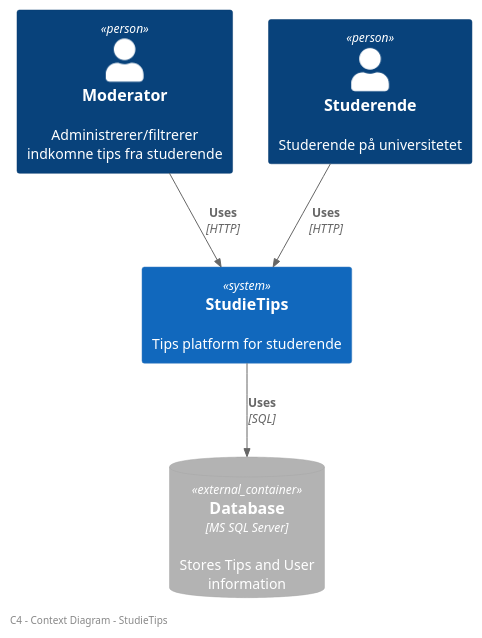
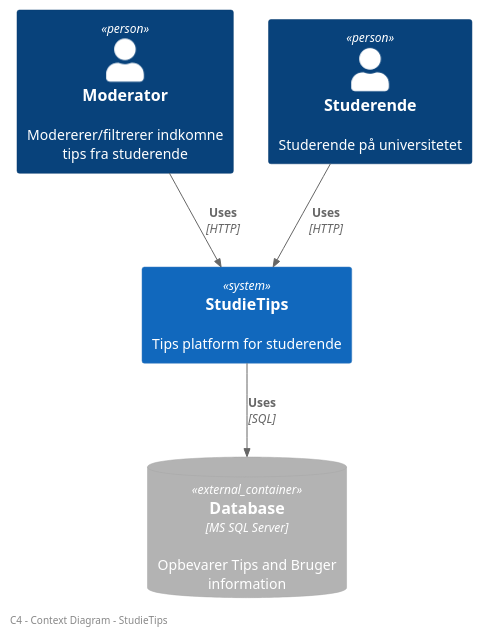
Before and after one commit to I4PRJ4/I4PRJ4-plantuml: the diagram in plantuml/C4/C4-Level1/context.puml, drawn with PlantUML. The commit also changed 68 other files, not shown here.

```diff
--- a/plantuml/C4/C4-Level1/context.puml
+++ b/plantuml/C4/C4-Level1/context.puml
@@ -1,18 +1,18 @@
 @startuml System Context Diagram
 !include <C4/C4_Container>
 
 left footer C4 - Context Diagram - StudieTips
 
-Person(mod, "Moderator", "Administrerer/filtrerer indkomne tips fra studerende")
+Person(mod, "Moderator", "Modererer/filtrerer indkomne tips fra studerende")
 Person(student, "Studerende", "Studerende på universitetet")
 
 System(StudieTips, "StudieTips", "Tips platform for studerende")
 
-ContainerDb_Ext(Database, "Database","MS SQL Server","Stores Tips and User information")
+ContainerDb_Ext(Database, "Database","MS SQL Server","Opbevarer Tips and Bruger information")
 
 
 Rel(mod, StudieTips, "Uses", "HTTP")
 Rel(student, StudieTips, "Uses", "HTTP")
 Rel(StudieTips, Database, "Uses", "SQL")
 
 @enduml
```
